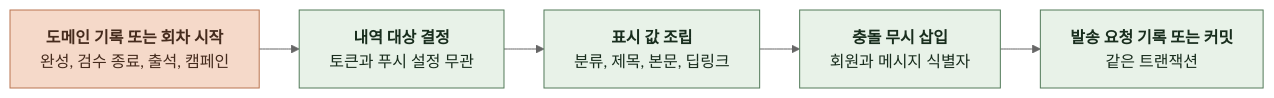
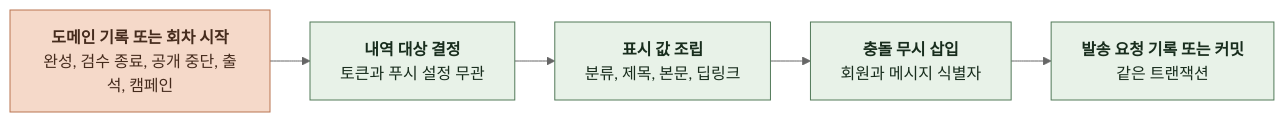
Diagram 17 of 19 in docs/domain/NOTIFICATION/BACKEND/4-1-PIPELINES.md (KIM-N-KANG/knk-harness), drawn with Mermaid (neutral theme) before and after one commit. The commit also changed other lines of this file and 42 other files, not shown here.

````diff
--- a/docs/domain/NOTIFICATION/BACKEND/4-1-PIPELINES.md
+++ b/docs/domain/NOTIFICATION/BACKEND/4-1-PIPELINES.md
@@ -564,17 +564,17 @@
 ```mermaid
 %%{init: {"flowchart": {"curve": "basis", "nodeSpacing": 24, "rankSpacing": 40}}}%%
 flowchart LR
     A["`**도메인 기록 또는 회차 시작**
-완성, 검수 종료, 출석, 캠페인`"] --> B["`**내역 대상 결정**
+완성, 검수 종료, 공개 중단, 출석, 캠페인`"] --> B["`**내역 대상 결정**
 토큰과 푸시 설정 무관`"]
     B --> C["`**표시 값 조립**
 분류, 제목, 본문, 딥링크`"]
     C --> D["`**충돌 무시 삽입**
 회원과 메시지 식별자`"]
     D --> E["`**발송 요청 기록 또는 커밋**
 같은 트랜잭션`"]
     classDef comp fill:#E8F2E8,stroke:#527A59,color:#182D1D
     classDef task fill:#F5D9C9,stroke:#B97450,color:#452B1D
     class B,C,D,E comp
     class A task
 ```
````
